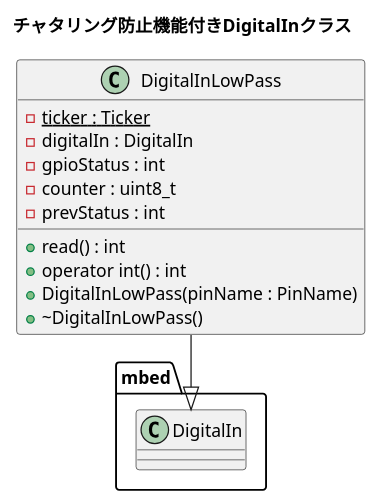
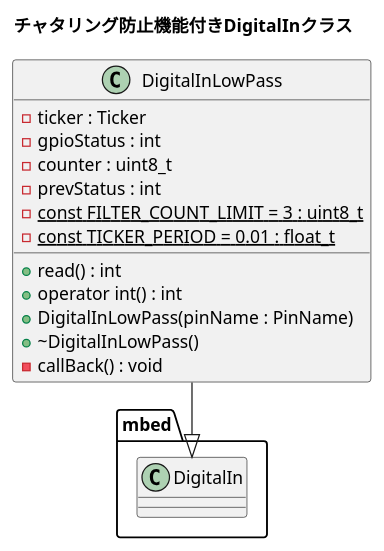
Before and after one commit to goheisystem/softwareDocuments: the diagram in UML/class/ditialinlowpass.plantuml, drawn with PlantUML.

Commit message:
不要なメンバ削除, コールバック追加, Ticker周期追加

```diff
--- a/UML/class/ditialinlowpass.plantuml
+++ b/UML/class/ditialinlowpass.plantuml
@@ -1,24 +1,26 @@
 @startuml
 
 title チャタリング防止機能付きDigitalInクラス
 
 package "mbed" as PackageMBED{
   class "DigitalIn" as ClassDigitalIn{
 
   }
 }
 
 class "DigitalInLowPass" as ClassDigitalInLowPath {
-  -{static}ticker : Ticker
-  -digitalIn : DigitalIn
+  -ticker : Ticker
   -gpioStatus : int
   -counter : uint8_t
   -prevStatus : int
   +read() : int
   +operator int() : int
   +DigitalInLowPass(pinName : PinName)
   +~DigitalInLowPass()
+  -callBack() : void
+  -{static}const FILTER_COUNT_LIMIT = 3 : uint8_t
+  -{static}const TICKER_PERIOD = 0.01 : float_t
 }
 
 ClassDigitalInLowPath --|> ClassDigitalIn
 @enduml
```
